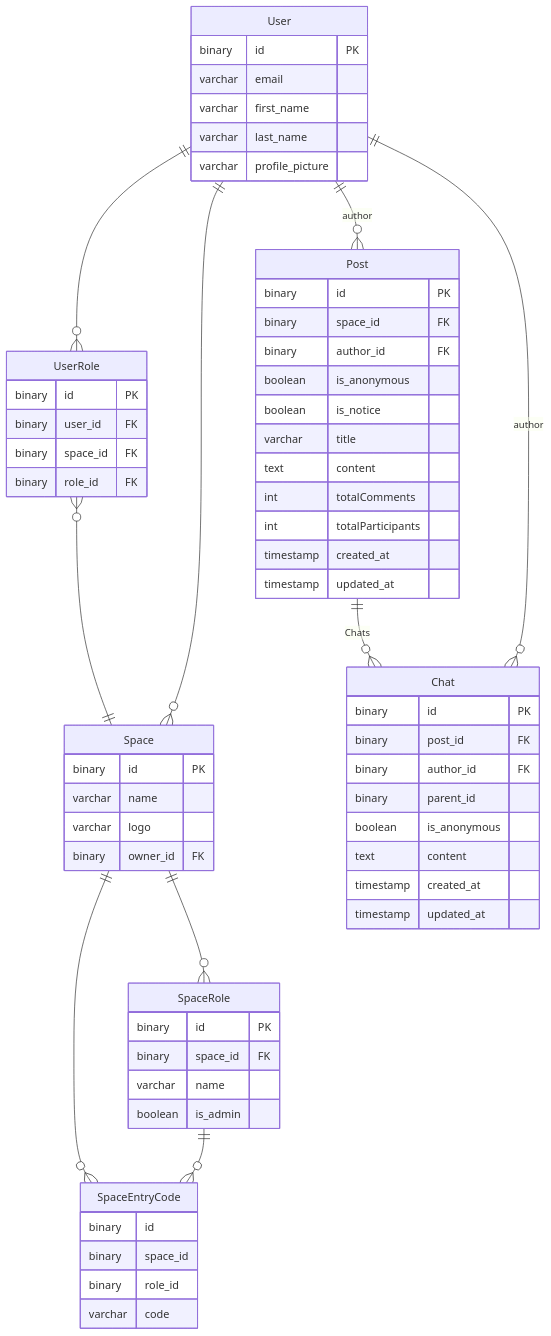
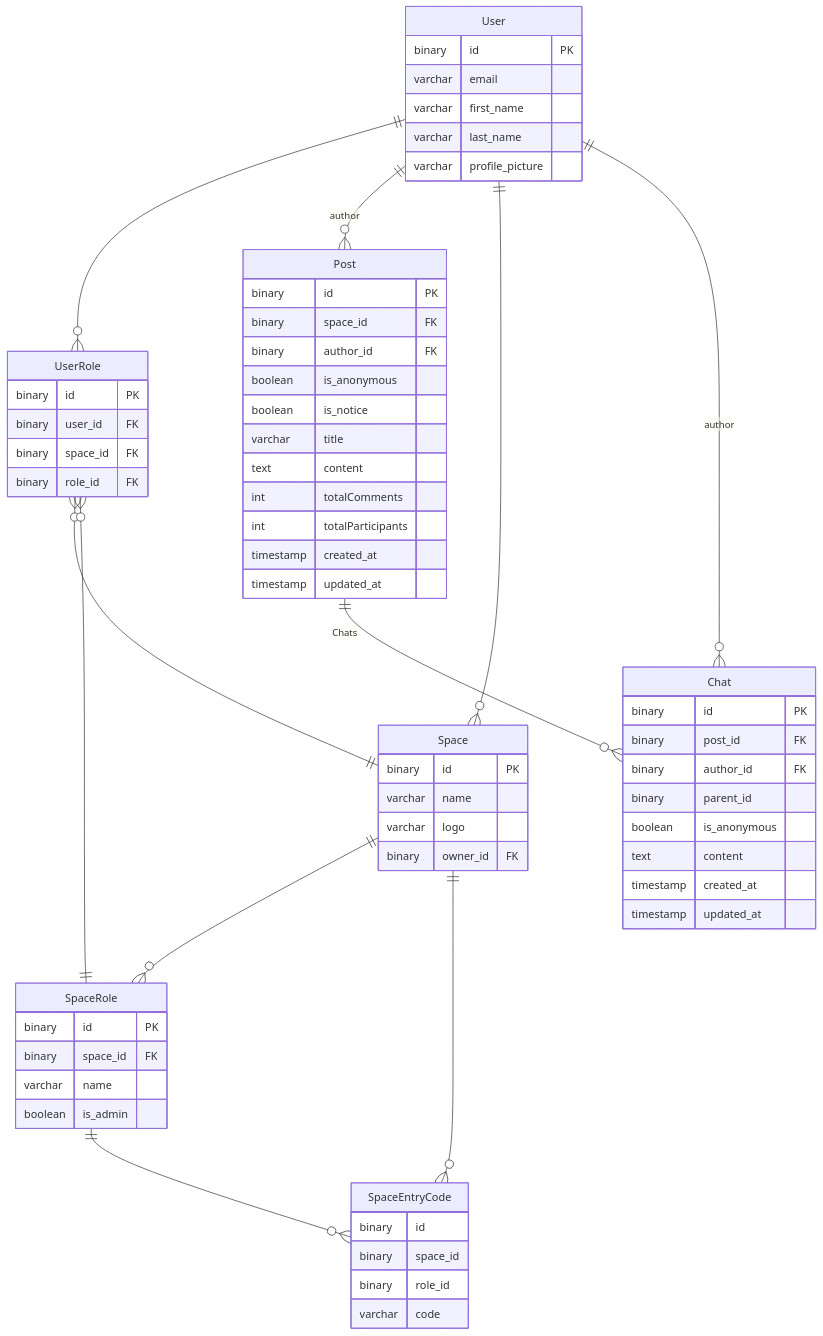
One commit to Dongkey-Dev/nestjs-space-room changed the diagram in README.md. Above: the diagram before and after it, drawn with Mermaid. The commit also changed 3 other files, not shown here.

````diff
--- a/README.md
+++ b/README.md
@@ -28,76 +28,77 @@
 ```mermaid
 erDiagram
     User ||--o{ UserRole : ""
     UserRole }o--|| Space : ""
+    UserRole }o--|| SpaceRole : ""
     Space ||--o{ SpaceRole : ""
     User ||--o{ Post : "author"
     Post ||--o{ Chat : "Chats"
 
     User ||--o{ Space : ""
     User ||--o{ Chat : "author"
 
     Space ||--o{ SpaceEntryCode : ""
     SpaceRole ||--o{ SpaceEntryCode : ""
 
 
     User {
         binary id PK
         varchar email
         varchar first_name
         varchar last_name
         varchar profile_picture
     }
 
     Space {
         binary id PK
         varchar name
         varchar logo
         binary owner_id FK
     }
 
     SpaceRole {
         binary id PK
         binary space_id FK
         varchar name
         boolean is_admin
     }
 
     SpaceEntryCode {
         binary id
         binary space_id
         binary role_id
         varchar code
     }
 
     UserRole {
         binary id PK
         binary user_id FK
         binary space_id FK
         binary role_id FK
     }
 
     Post {
         binary id PK
         binary space_id FK
         binary author_id FK
         boolean is_anonymous
         boolean is_notice
         varchar title
         text content
         int totalComments
         int totalParticipants
         timestamp created_at
         timestamp updated_at
     }
 
     Chat {
         binary id PK
         binary post_id FK
         binary author_id FK
         binary parent_id
         boolean is_anonymous
         text content
         timestamp created_at
         timestamp updated_at
     }
 ```
````
